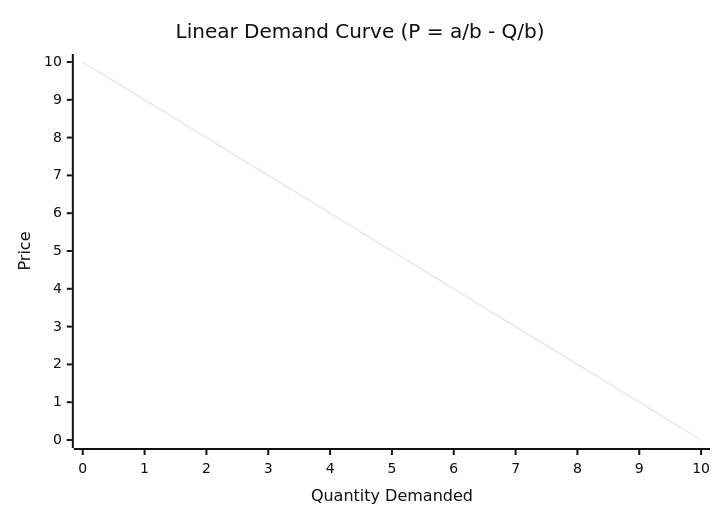
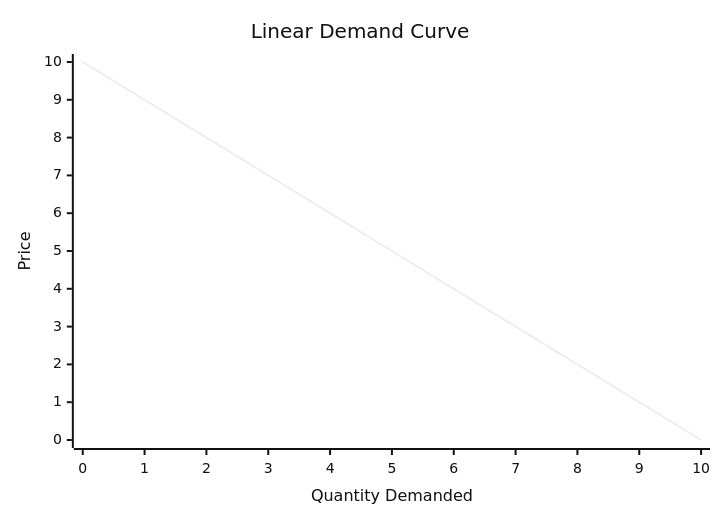
One commit to madhavgupta2002/AceDBE changed the second of 20 diagrams in public/data/Subjects/ES21x/FORMULAS.md. Above: the diagram before and after it, drawn with Mermaid (neutral theme). The commit also changed other lines of this file and 2 other files, not shown here.

Commit message:
diagrams in microeco

````diff
--- a/public/data/Subjects/ES21x/FORMULAS.md
+++ b/public/data/Subjects/ES21x/FORMULAS.md
@@ -9,7 +154,7 @@
 ```mermaid
 xychart-beta
-    title "Linear Demand Curve (P = a/b - Q/b)"
+    title "Linear Demand Curve"
     x-axis "Quantity Demanded" [0, 1, 2, 3, 4, 5, 6, 7, 8, 9, 10]
     y-axis "Price" 0 --> 10
     line [10, 9, 8, 7, 6, 5, 4, 3, 2, 1, 0]
 ```
````
